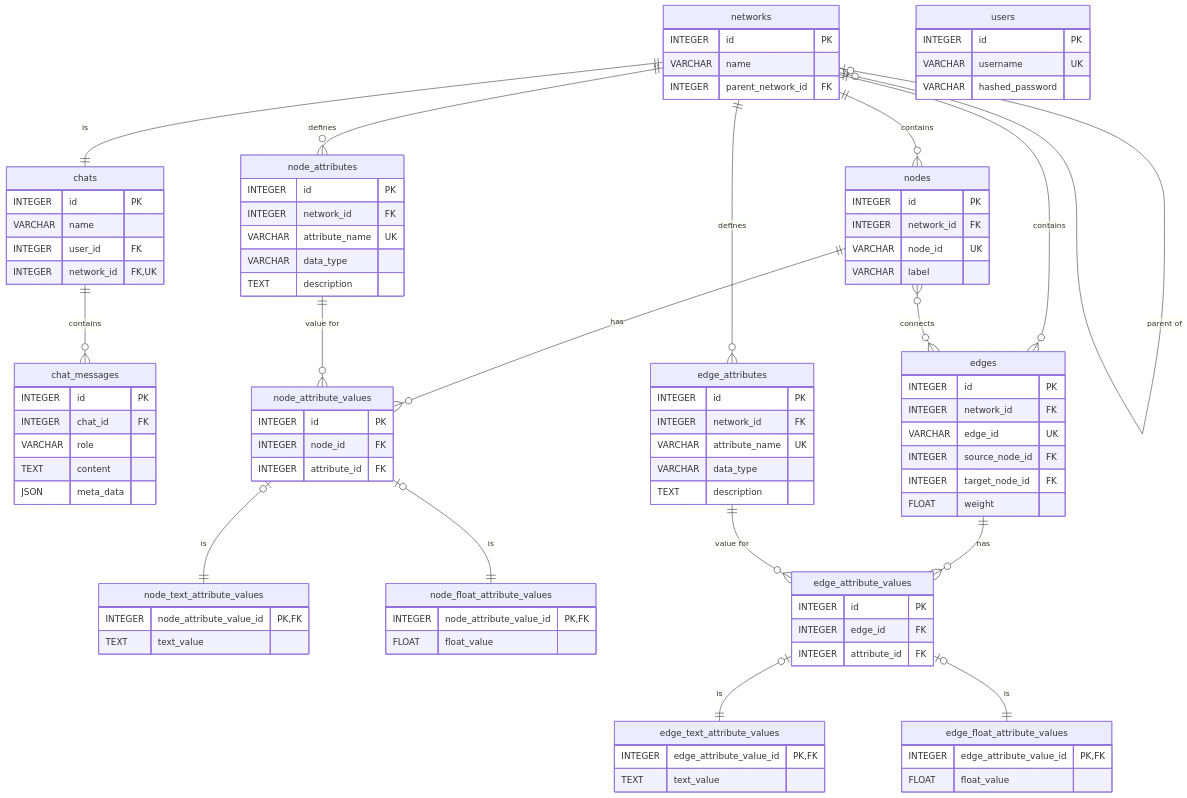
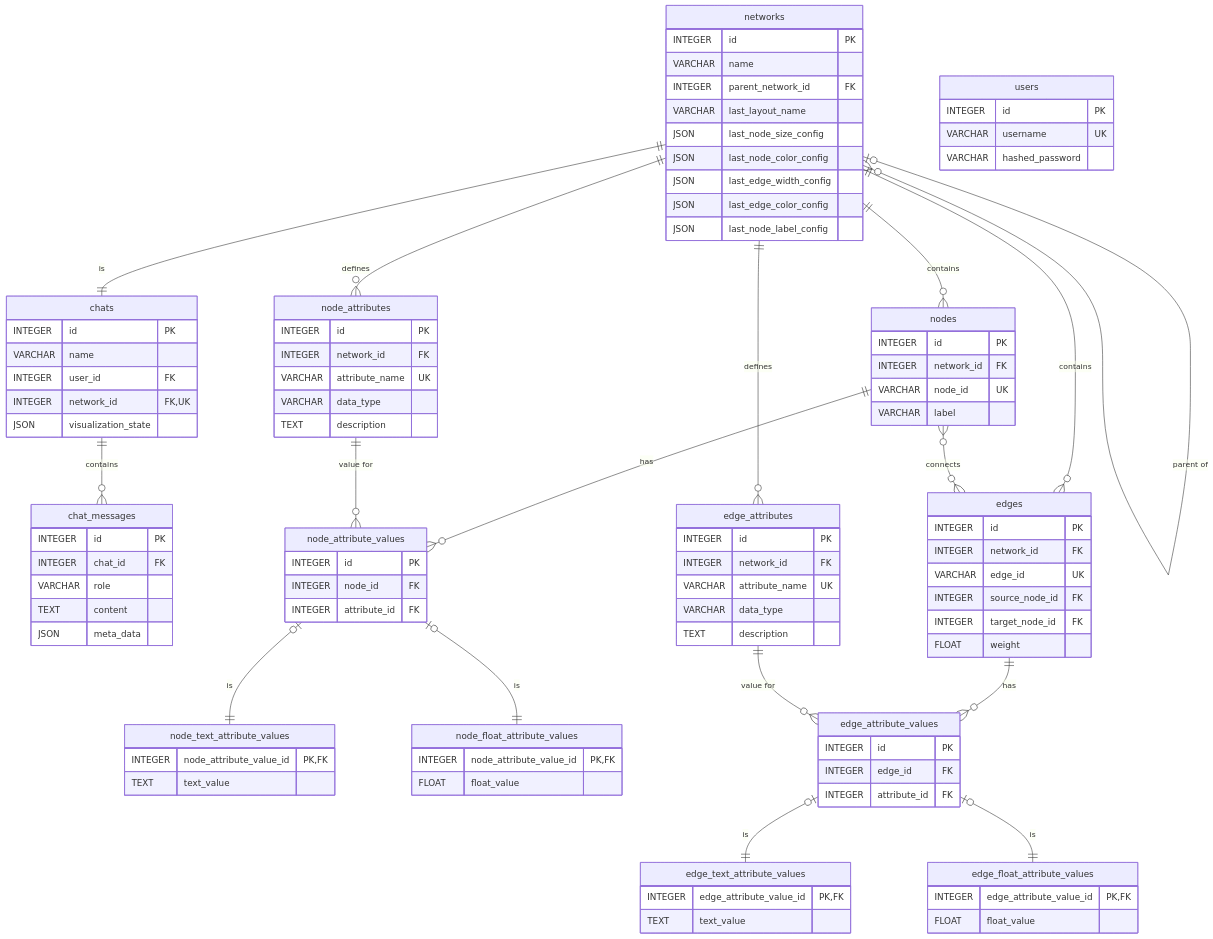
Before and after one commit to vdslab/LLMGraphvis: the diagram in specification/2_Technical_Details/4_Database.md, drawn with Mermaid. The commit also changed other lines of this file, not shown here.

```diff
--- a/specification/2_Technical_Details/4_Database.md
+++ b/specification/2_Technical_Details/4_Database.md
@@ -68,6 +68,7 @@
         VARCHAR name
         INTEGER user_id FK
         INTEGER network_id FK, UK
+        JSON visualization_state
     }
     chat_messages {
         INTEGER id PK
@@ -80,6 +81,12 @@
         INTEGER id PK
         VARCHAR name
         INTEGER parent_network_id FK
+        VARCHAR last_layout_name
+        JSON last_node_size_config
+        JSON last_node_color_config
+        JSON last_edge_width_config
+        JSON last_edge_color_config
+        JSON last_node_label_config
     }
     nodes {
         INTEGER id PK
```
